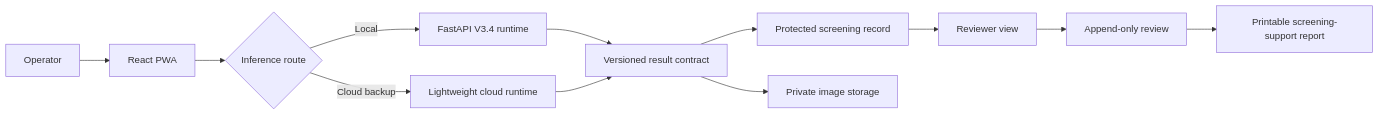
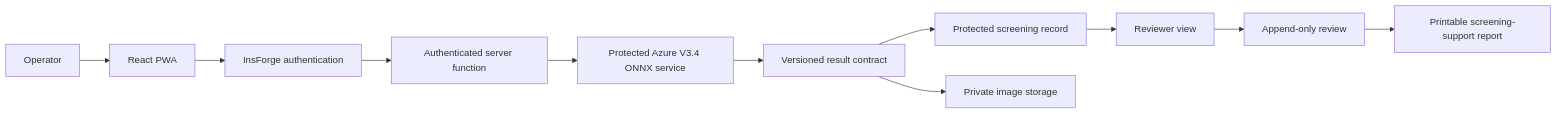
One commit to 1conicYaz/RetinaSathi changed the third of 4 diagrams in docs/ARCHITECTURE.md. Above: the diagram before and after it, drawn with Mermaid. The commit also changed other lines of this file and 19 other files, not shown here.

````diff
--- a/docs/ARCHITECTURE.md
+++ b/docs/ARCHITECTURE.md
@@ -39,14 +59,13 @@
 ```mermaid
 flowchart LR
     Operator[Operator] --> PWA[React PWA]
-    PWA --> Router{Inference route}
-    Router -->|Local| API[FastAPI V3.4 runtime]
-    Router -->|Cloud backup| Cloud[Lightweight cloud runtime]
-    API --> Result[Versioned result contract]
-    Cloud --> Result
+    PWA --> Auth[InsForge authentication]
+    Auth --> Fn[Authenticated server function]
+    Fn --> Azure[Protected Azure V3.4 ONNX service]
+    Azure --> Result[Versioned result contract]
     Result --> DB[Protected screening record]
     Result --> Private[Private image storage]
     DB --> Reviewer[Reviewer view]
     Reviewer --> Review[Append-only review]
     Review --> Report[Printable screening-support report]
 ```
````
